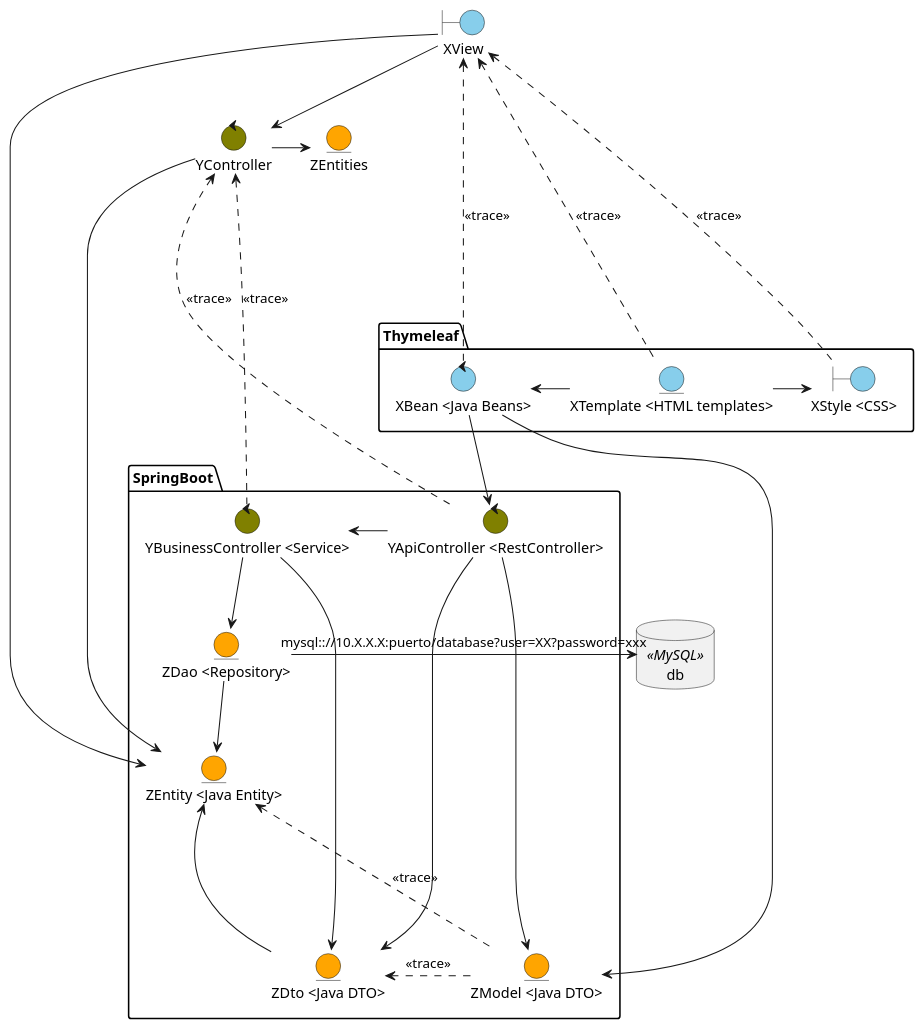
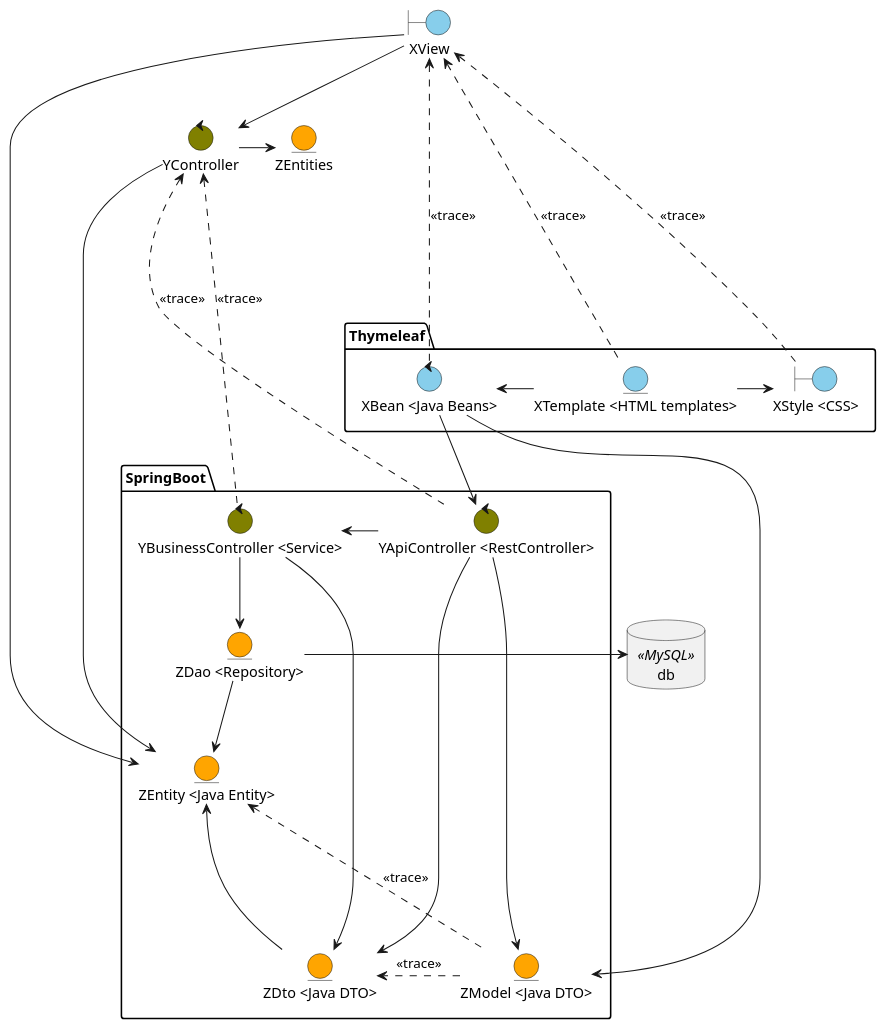
Before and after one commit to zuldare/mastercloud_pfm_halterocms: the diagram in documentation/diagrams/2_analysis/useCasesAnalysis/useCasesDesign.puml, drawn with PlantUML. The commit also changed 1 other file, not shown here.

Commit message:
docs: improve ddbb relations at analysis and design diagrams

```diff
--- a/documentation/diagrams/2_analysis/useCasesAnalysis/useCasesDesign.puml
+++ b/documentation/diagrams/2_analysis/useCasesAnalysis/useCasesDesign.puml
@@ -1,72 +1,67 @@
 @startuml
 'left to right direction
 
 boundary XView #skyblue
 control YController #olive
 entity ZEntities #orange
 
 
 package Thymeleaf {
   entity "XTemplate <HTML templates>" as template #skyblue
   boundary "XStyle <CSS>" as css #skyblue
   control "XBean <Java Beans>" as javaBean #skyblue
 }
 
 package SpringBoot {
 
 '  control "YResource <API REST>  HAY QUE BORRARLO" as apiRest #olive
   control "YApiController <RestController>" as apiController #olive
   control "YBusinessController <Service>" as service  #olive
 
   entity "ZModel <Java DTO>" as zModel #orange
   entity "ZDto <Java DTO>" as zDto #orange
   entity "ZDao <Repository>" as zDao #orange
   entity "ZEntity <Java Entity>" as zEntity #orange
 }
 
 database db <<MySQL>>
-' PREGUNTAR A LUIS EL XQ PONERLO EN EL DIAGRAMA
-' añadirle propiedades de la base de datos pass, users, database name
-' pintar una request de entrada e
-' pintar una response de salida
-
 
 javaBean --> apiController
 XView --right---> YController
 YController ---right--> ZEntities
 
-zDao -right--> db : "mysql:://10.X.X.X:puerto/database?user=XX?password=xxx"
+zDao -right--> db
 
 apiController --> zModel
 
 css <-left- template
 template -right-> javaBean
 
 
 XView <.... template : <<trace>>
 XView <.... css : <<trace>>
 XView <.... javaBean : <<trace>>
 
 
 
 YController <.... apiController : <<trace>>
 YController <.... service : <<trace>>
 
 apiController -right--> service
 
 
 
 XView -down-> zEntity
 YController -> zEntity
 
 zModel ..up.> zEntity : <<trace>>
 zModel ..right.> zDto: <<trace>>
 zEntity <-- zDto
 zDao --> zEntity
 service --> zDto
 
 apiController --down-> zDto
 service --> zDao
 javaBean --> zModel
 
 @enduml
```
